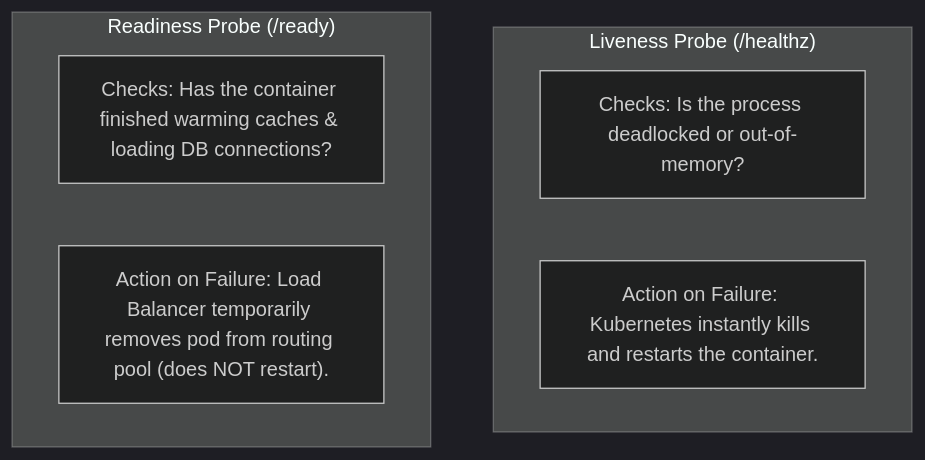
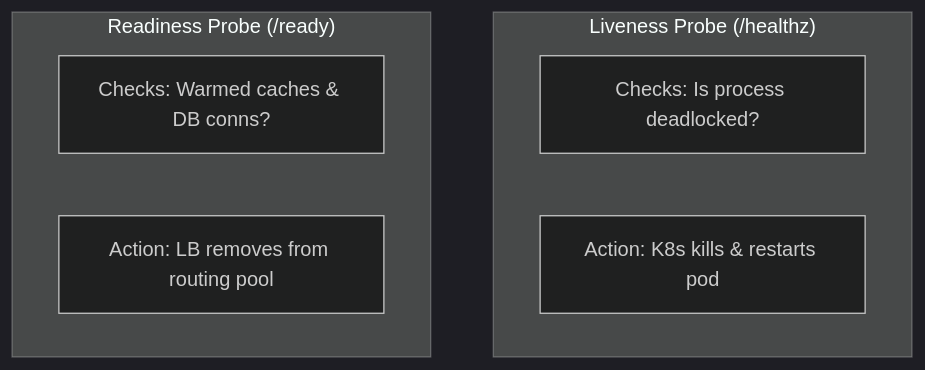
Before and after one commit to Sourav108/strivers-lld: the fourth of 4 diagrams in strivers-hld/12-Observability-and-Reliability-Engineering/README.md, drawn with Mermaid (dark theme). The commit also changed other lines of this file and 39 other files, not shown here.

Commit message:
fix(mermaid): wrap node labels, simplify diamonds, and reformat wide diagrams for perfect GitHub rendering

````diff
--- a/strivers-hld/12-Observability-and-Reliability-Engineering/README.md
+++ b/strivers-hld/12-Observability-and-Reliability-Engineering/README.md
@@ -69,12 +75,12 @@
 ```mermaid
 flowchart TD
     subgraph Liveness["Liveness Probe (/healthz)"]
-        L1["Checks: Is the process deadlocked or out-of-memory?"]
-        L2["Action on Failure: Kubernetes instantly kills and restarts the container."]
+        L1["Checks: Is process deadlocked?"]
+        L2["Action: K8s kills & restarts pod"]
     end
 
     subgraph Readiness["Readiness Probe (/ready)"]
-        R1["Checks: Has the container finished warming caches & loading DB connections?"]
-        R2["Action on Failure: Load Balancer temporarily removes pod from routing pool (does NOT restart)."]
+        R1["Checks: Warmed caches & DB conns?"]
+        R2["Action: LB removes from routing pool"]
     end
 ```
````
